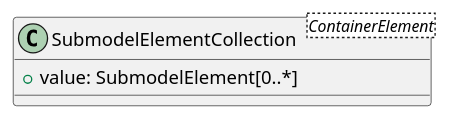
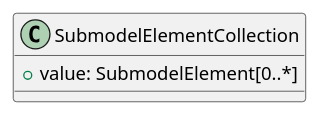
One commit to admin-shell-io/aas-specs changed the diagram in documentation/IDTA-01001/modules/ROOT/partials/diagrams/classes/submodel-element-collection.puml. Above: the diagram before and after it, drawn with PlantUML. The commit also changed 13 other files, not shown here.

Commit message:
Revert introduction of ContainerElement submodel element class (#333)

```diff
--- a/documentation/IDTA-01001/modules/ROOT/partials/diagrams/classes/submodel-element-collection.puml
+++ b/documentation/IDTA-01001/modules/ROOT/partials/diagrams/classes/submodel-element-collection.puml
@@ -1,5 +1,5 @@
 @startuml
-class SubmodelElementCollection<ContainerElement> {
+class SubmodelElementCollection {
   +value: SubmodelElement[0..*]
 }
 @enduml
```
